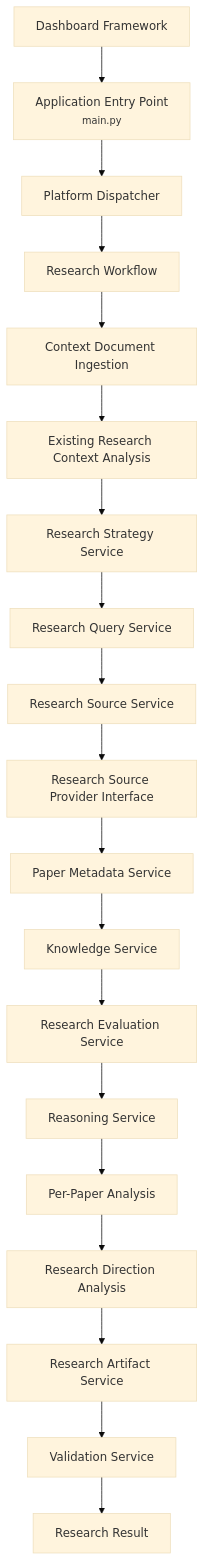
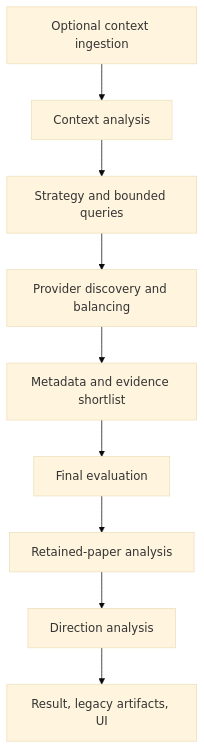
One commit to pgailinas/project0 changed the second of 2 diagrams in docs/agents/research/Research_Agent_Architecture.md. Above: the diagram before and after it, drawn with Mermaid (base theme). The commit also changed other lines of this file and 12 other files, not shown here.

````diff
--- a/docs/agents/research/Research_Agent_Architecture.md
+++ b/docs/agents/research/Research_Agent_Architecture.md
@@ -77,44 +68,21 @@
-``` mermaid
+~~~mermaid
 flowchart TD
-    UI["Dashboard Framework"]
-    A["Application Entry Point<br/><small>main.py</small>"]
-    B["Platform Dispatcher"]
-    C["Research Workflow"]
-
-    X["Context Document Ingestion"]
-    Y["Existing Research Context Analysis"]
-    D["Research Strategy Service"]
-    Q["Research Query Service"]
-    E["Research Source Service"]
-    P["Research Source Provider Interface"]
-    F["Paper Metadata Service"]
-    G["Knowledge Service"]
-    H["Research Evaluation Service"]
-    I["Reasoning Service"]
-    M["Per-Paper Analysis"]
-    N["Research Direction Analysis"]
-    J["Research Artifact Service"]
-    K["Validation Service"]
-
-    L["Research Result"]
-
-    UI --> A
-    A --> B
-    B --> C
+    C["Optional context ingestion"]
+    X["Context analysis"]
+    Q["Strategy and bounded queries"]
+    D["Provider discovery and balancing"]
+    M["Metadata and evidence shortlist"]
+    V["Final evaluation"]
+    P["Retained-paper analysis"]
+    R["Direction analysis"]
+    Z["Result, legacy artifacts, UI"]
 
     C --> X
-    X --> Y
-    Y --> D
-    D --> Q
-    Q --> E
-    E --> P
-    P --> F
-    F --> G
-    G --> H
-    H --> I
-    I --> M
-    M --> N
-    N --> J
-    J --> K
-    K --> L
-```
+    X --> Q
+    Q --> D
+    D --> M
+    M --> V
+    V --> P
+    P --> R
+    R --> Z
+~~~
````
